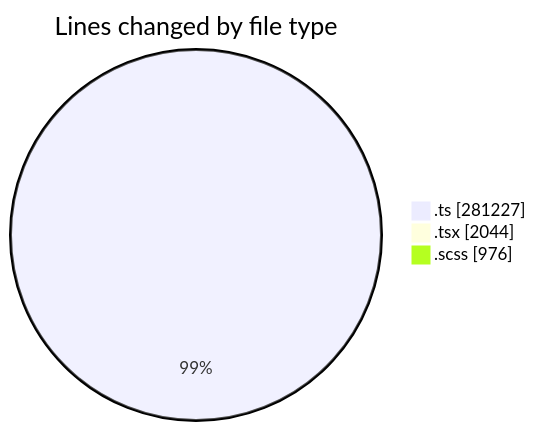
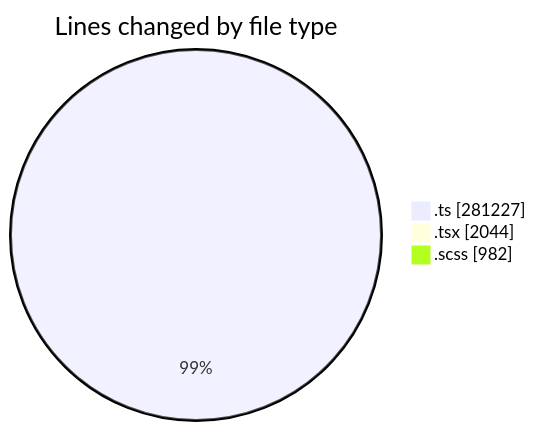
Before and after one commit to momahboobian/code-tracking: the first of 2 diagrams in 2025-08-22/cda/README.md, drawn with Mermaid. The commit also changed other lines of this file and 1 other file, not shown here.

````diff
--- a/2025-08-22/cda/README.md
+++ b/2025-08-22/cda/README.md
@@ -43,7 +43,7 @@
 ```mermaid
 pie showData
 title Lines changed by file type
 ".ts" : 281227
 ".tsx" : 2044
-".scss" : 976
+".scss" : 982
 ```
````
